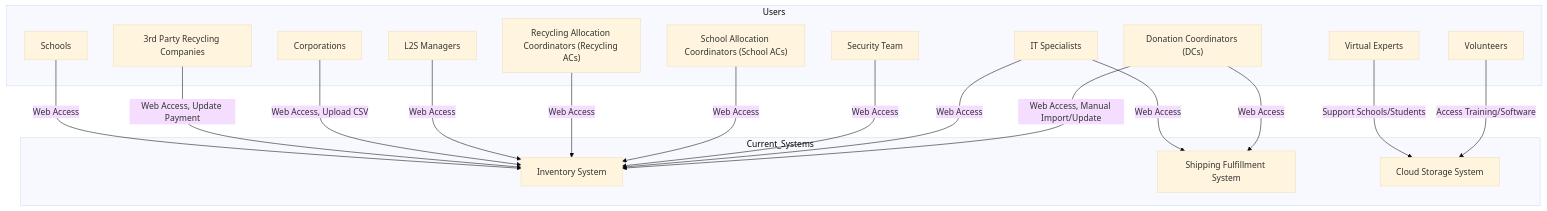
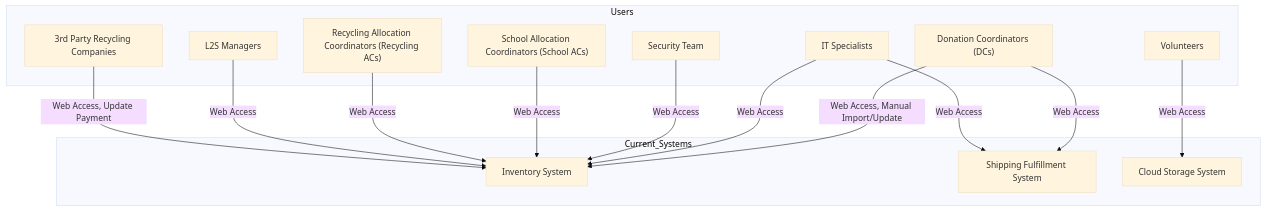
The diagram in L2S_OldSystemLandscape.md (matthew-zolp/Laptops2Schools), drawn with Mermaid (base theme) before and after one commit. The commit also changed 2 other files, not shown here.

Commit message:
update diagrams

````diff
--- a/L2S_OldSystemLandscape.md
+++ b/L2S_OldSystemLandscape.md
@@ -1,38 +1,32 @@
 ```mermaid
 flowchart TD
     subgraph Current_Systems
         InventorySystem["Inventory System"]
         click InventorySystem "System of record for laptops, schools, and recycling companies" "System of record for laptops, schools, and recycling companies"
         ShippingSystem["Shipping Fulfillment System"]
         CloudStorage["Cloud Storage System"]
     end
 
     subgraph Users
         DCs["Donation Coordinators (DCs)"]
         ITSpecialists["IT Specialists"]
         SecurityTeam["Security Team"]
         SchoolACs["School Allocation Coordinators (School ACs)"]
         RecyclingACs["Recycling Allocation Coordinators (Recycling ACs)"]
         Managers["L2S Managers"]
-        Volunteers["Volunteers"]
-        VirtualExperts["Virtual Experts"]
-        Corporations["Corporations"]
         RecyclingCompanies["3rd Party Recycling Companies"]
-        Schools["Schools"]
+        Volunteers
     end
 
     %% System Access
     DCs -- "Web Access, Manual Import/Update" --> InventorySystem
     DCs -- "Web Access" --> ShippingSystem
     ITSpecialists -- "Web Access" --> InventorySystem
     ITSpecialists -- "Web Access" --> ShippingSystem
     SecurityTeam -- "Web Access" --> InventorySystem
     SchoolACs -- "Web Access" --> InventorySystem
     RecyclingACs -- "Web Access" --> InventorySystem
     Managers -- "Web Access" --> InventorySystem
-    Volunteers -- "Access Training/Software" --> CloudStorage
-    VirtualExperts -- "Support Schools/Students" --> CloudStorage
-    Corporations -- "Web Access, Upload CSV" --> InventorySystem
     RecyclingCompanies -- "Web Access, Update Payment" --> InventorySystem
-    Schools -- "Web Access" --> InventorySystem
+    Volunteers --"Web Access" --> CloudStorage
 ```
````
